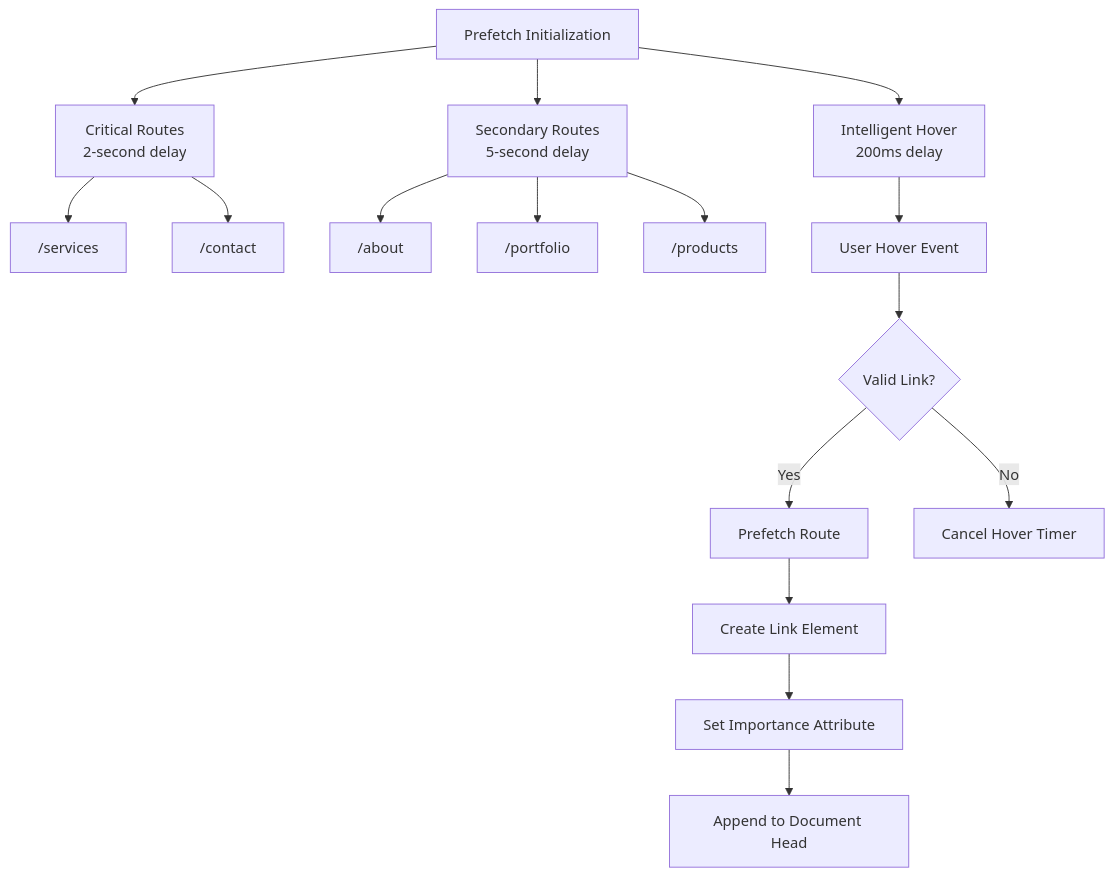
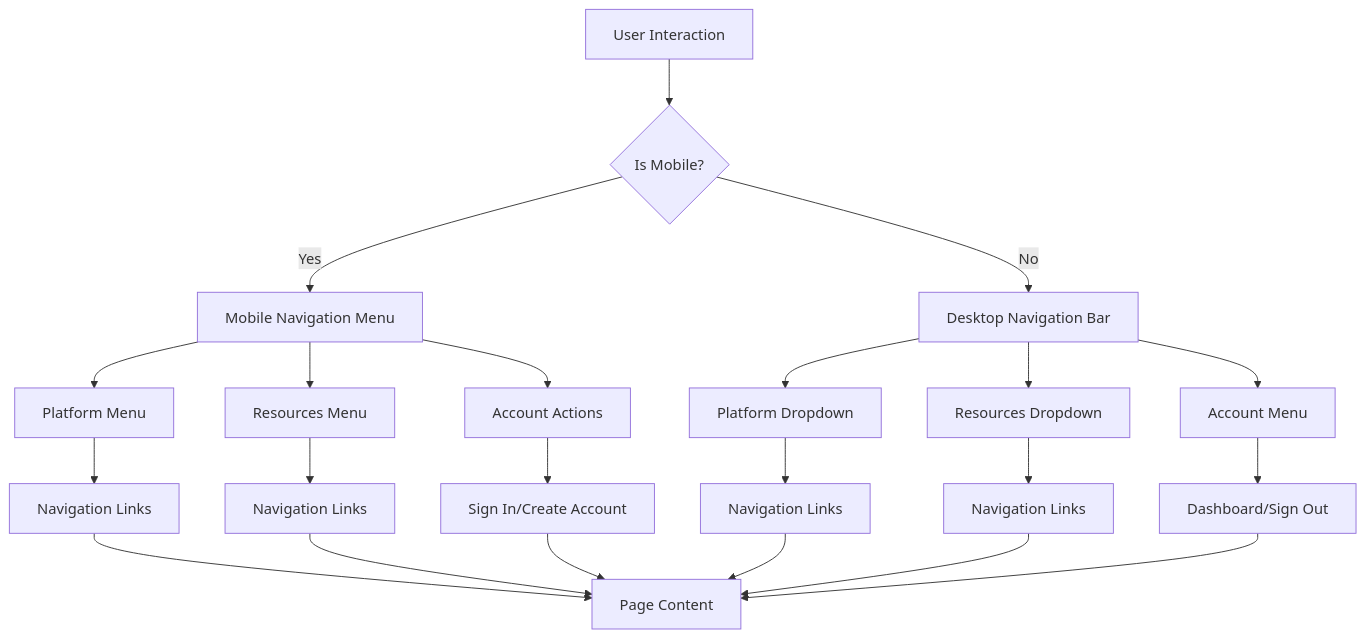
The third of 7 diagrams in .qoder/repowiki/en/content/Frontend Architecture/Routing & Navigation.md (sleekapparels-admin/sleekapp-v100), drawn with Mermaid before and after one commit. The commit also changed other lines of this file and 337 other files, not shown here.

````diff
--- a/.qoder/repowiki/en/content/Frontend Architecture/Routing & Navigation.md
+++ b/.qoder/repowiki/en/content/Frontend Architecture/Routing & Navigation.md
@@ -314,18 +105,24 @@
 ```mermaid
 flowchart TD
-PrefetchInit[Prefetch Initialization] --> CriticalPrefetch[Critical Routes<br/>2-second delay]
-PrefetchInit --> SecondaryPrefetch[Secondary Routes<br/>5-second delay]
-PrefetchInit --> HoverPrefetch[Intelligent Hover<br/>200ms delay]
-CriticalPrefetch --> Services["/services"]
-CriticalPrefetch --> Contact["/contact"]
-SecondaryPrefetch --> About["/about"]
-SecondaryPrefetch --> Portfolio["/portfolio"]
-SecondaryPrefetch --> Products["/products"]
-HoverPrefetch --> UserInteraction[User Hover Event]
-UserInteraction --> CheckLink{Valid Link?}
-CheckLink --> |Yes| PrefetchRoute[Prefetch Route]
-CheckLink --> |No| CancelHover[Cancel Hover Timer]
-PrefetchRoute --> CreateLink[Create Link Element]
-CreateLink --> SetImportance[Set Importance Attribute]
-SetImportance --> AppendHead[Append to Document Head]
+A[User Interaction] --> B{Is Mobile?}
+B --> |Yes| C[Mobile Navigation Menu]
+B --> |No| D[Desktop Navigation Bar]
+C --> E[Platform Menu]
+C --> F[Resources Menu]
+C --> G[Account Actions]
+D --> H[Platform Dropdown]
+D --> I[Resources Dropdown]
+D --> J[Account Menu]
+E --> K[Navigation Links]
+F --> L[Navigation Links]
+G --> M[Sign In/Create Account]
+H --> N[Navigation Links]
+I --> O[Navigation Links]
+J --> P[Dashboard/Sign Out]
+K --> Q[Page Content]
+L --> Q
+M --> Q
+N --> Q
+O --> Q
+P --> Q
 ```
````
